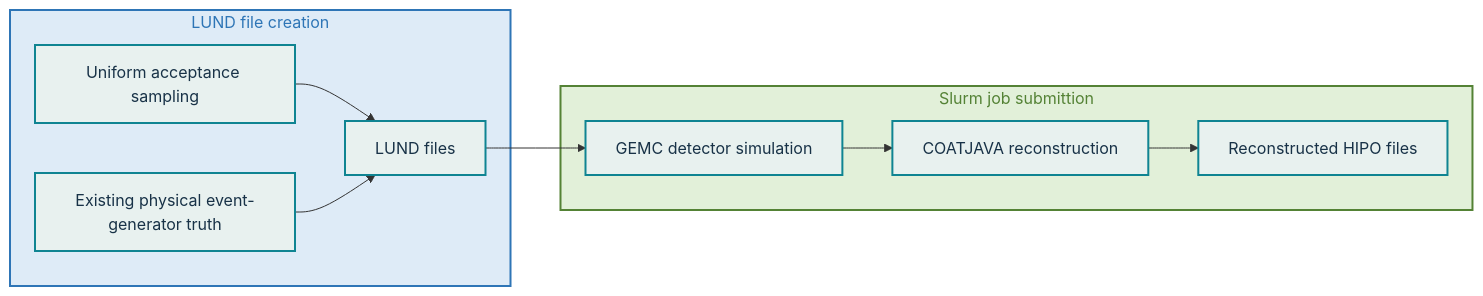
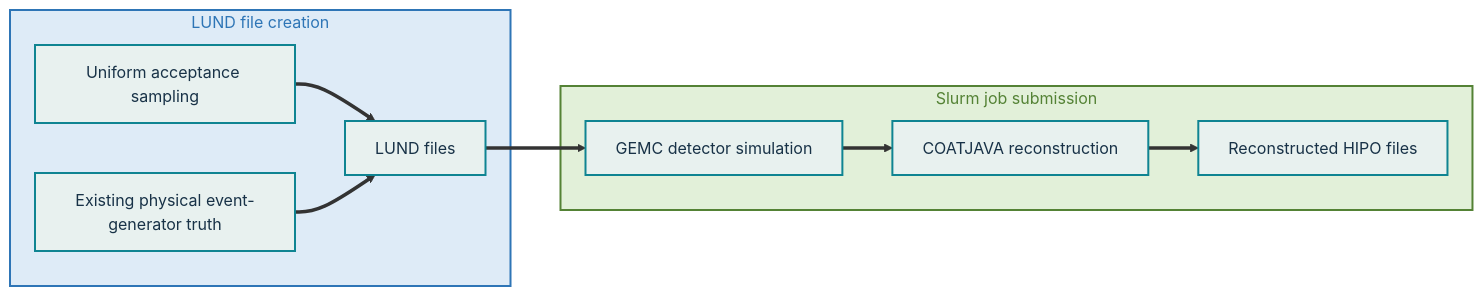
One commit to alons126/CLAS12-sample-generator changed the diagram in docs/index.md. Above: the diagram before and after it, drawn with Mermaid. The commit also changed 14 other files, not shown here.

````diff
--- a/docs/index.md
+++ b/docs/index.md
@@ -13,19 +13,19 @@
 ```mermaid
 flowchart LR
     subgraph CREATION["LUND file creation"]
-        U["Uniform acceptance sampling"] --> L["LUND files"]
-        P["Existing physical event-generator truth"] --> L
+        U["Uniform acceptance sampling"] ==> L["LUND files"]
+        P["Existing physical event-generator truth"] ==> L
     end
-    subgraph SUBMISSION["Slurm job submittion"]
-        L --> G["GEMC detector simulation"]
-        G --> R["COATJAVA reconstruction"]
-        R --> H["Reconstructed HIPO files"]
+    subgraph SUBMISSION["Slurm job submission"]
+        L ==> G["GEMC detector simulation"]
+        G ==> R["COATJAVA reconstruction"]
+        R ==> H["Reconstructed HIPO files"]
     end
 
     classDef creation fill:#DEEBF7,color:#2E75B6,stroke:#2E75B6,stroke-width:2px;
     class CREATION creation;
     classDef submission fill:#E2F0D9,color:#548235,stroke:#548235,stroke-width:2px;
     class SUBMISSION submission;
     classDef stage fill:#e8f1ef,color:#183247,stroke:#0f8492,stroke-width:2px;
     class U,P,L,G,R,H stage;
 ```
````
